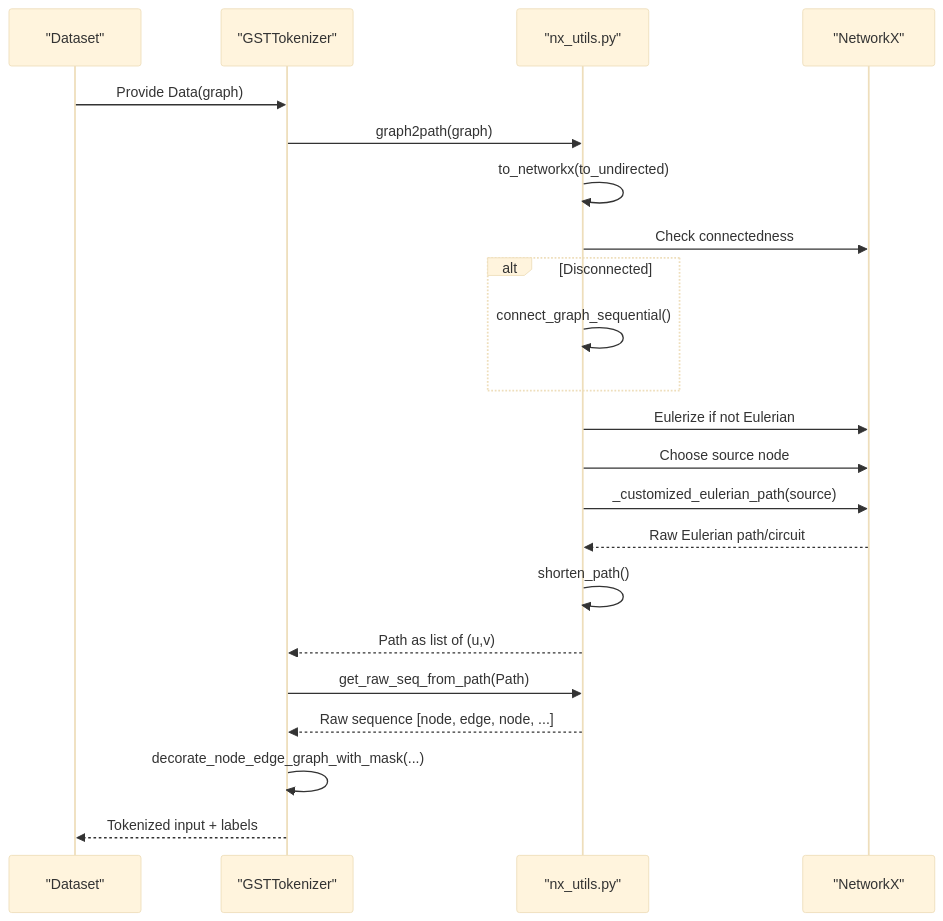
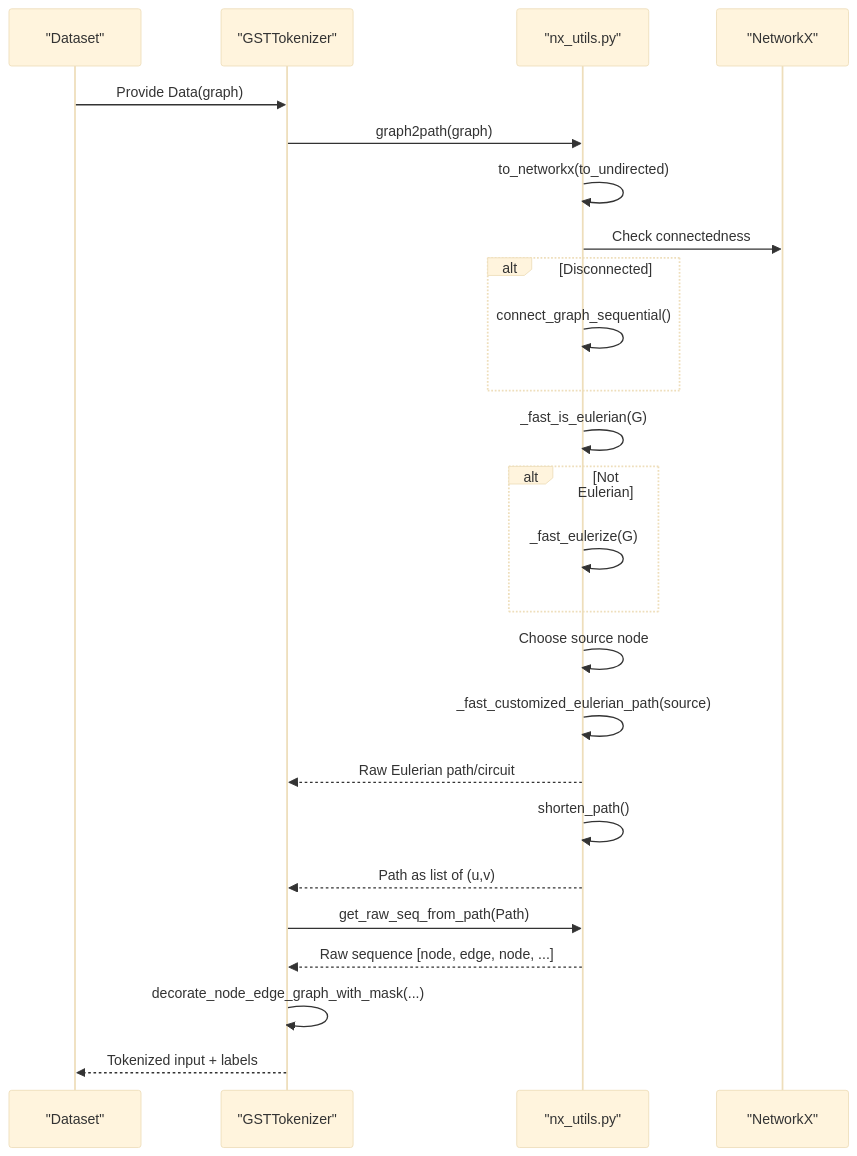
Before and after one commit to alibaba/graph-gpt: the second of 6 diagrams in .qoder/repowiki/en/content/Tokenization System/Eulerian Path Conversion.md, drawn with Mermaid (base theme). The commit also changed other lines of this file and 2 other files, not shown here.

Commit message:
use AI to implement fast and optimal version of nx.eulerize

````diff
--- a/.qoder/repowiki/en/content/Tokenization System/Eulerian Path Conversion.md
+++ b/.qoder/repowiki/en/content/Tokenization System/Eulerian Path Conversion.md
@@ -100,24 +114,27 @@
 ```mermaid
 sequenceDiagram
 participant DS as "Dataset"
 participant Tok as "GSTTokenizer"
 participant Util as "nx_utils.py"
 participant NX as "NetworkX"
 DS->>Tok : Provide Data(graph)
 Tok->>Util : graph2path(graph)
 Util->>Util : to_networkx(to_undirected)
 Util->>NX : Check connectedness
 alt Disconnected
 Util->>Util : connect_graph_sequential()
 end
-Util->>NX : Eulerize if not Eulerian
-Util->>NX : Choose source node
-Util->>NX : _customized_eulerian_path(source)
-NX-->>Util : Raw Eulerian path/circuit
+Util->>Util : _fast_is_eulerian(G)
+alt Not Eulerian
+Util->>Util : _fast_eulerize(G)
+end
+Util->>Util : Choose source node
+Util->>Util : _fast_customized_eulerian_path(source)
+Util-->>Tok : Raw Eulerian path/circuit
 Util->>Util : shorten_path()
 Util-->>Tok : Path as list of (u,v)
 Tok->>Util : get_raw_seq_from_path(Path)
 Util-->>Tok : Raw sequence [node, edge, node, ...]
 Tok->>Tok : decorate_node_edge_graph_with_mask(...)
 Tok-->>DS : Tokenized input + labels
 ```
````
